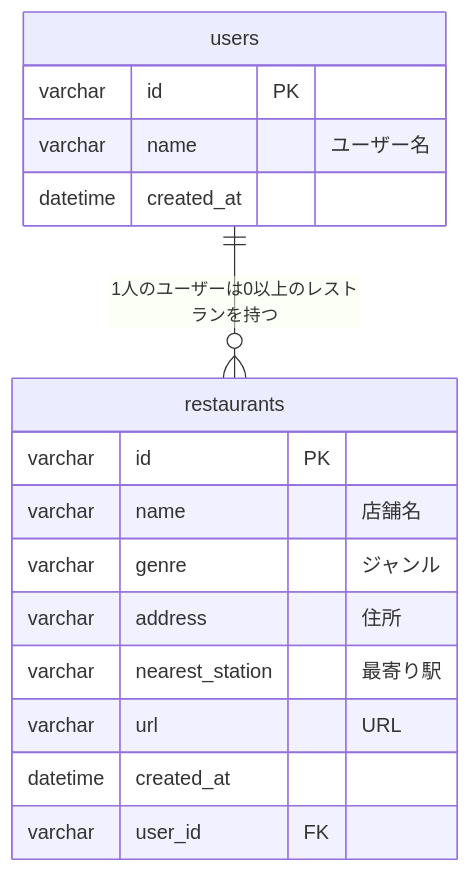
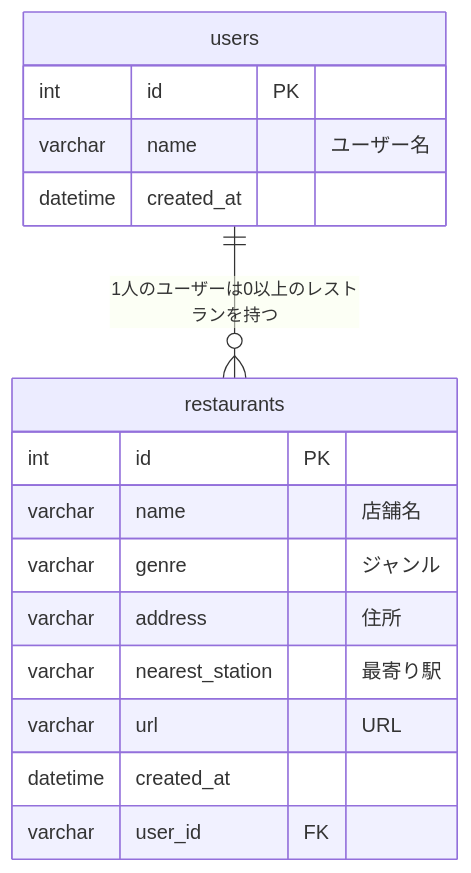
The diagram in docs/db/mermaid.md (taga3s/pecopeco), drawn with Mermaid before and after one commit.

Commit message:
docs: db設計の修正

````diff
--- a/docs/db/mermaid.md
+++ b/docs/db/mermaid.md
@@ -1,19 +1,19 @@
 ```mermaid
 erDiagram
   users {
-    varchar id PK
+    int id PK
     varchar name "ユーザー名"
     datetime created_at
   }
   restaurants {
-    varchar id PK
+    int id PK
     varchar name "店舗名"
     varchar genre "ジャンル"
     varchar address "住所"
     varchar nearest_station "最寄り駅"
     varchar url  "URL"
     datetime created_at
     varchar user_id FK
   }
   users ||--o{ restaurants : "1人のユーザーは0以上のレストランを持つ"
 ```
````
